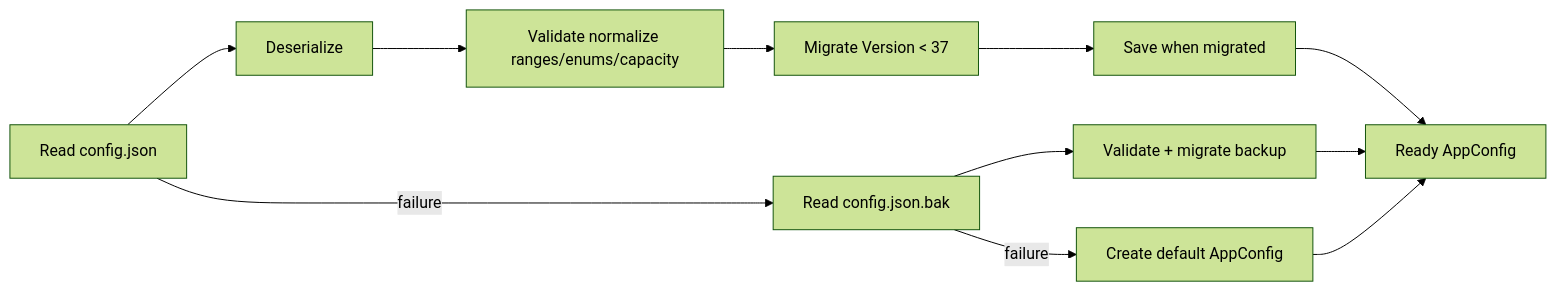
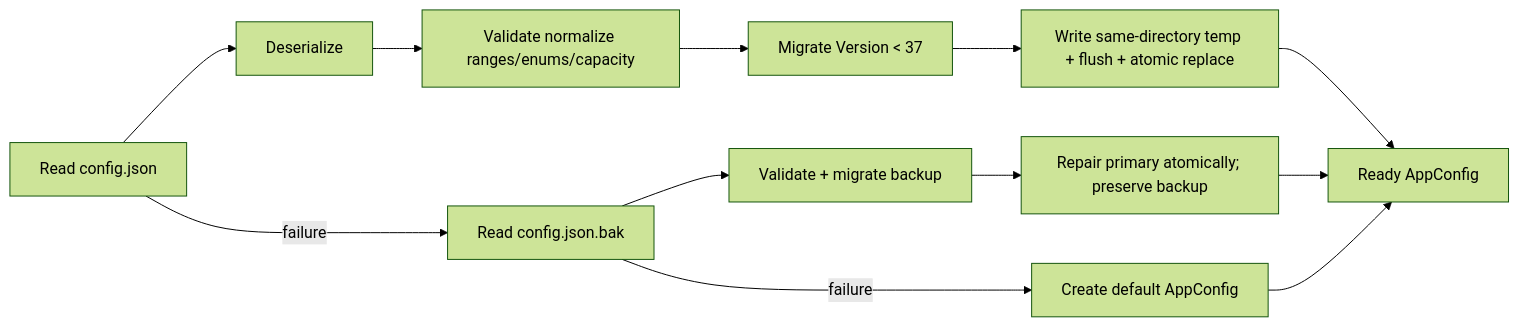
The fourth of 12 diagrams in docs/DETAILED_DESIGN.md (ShinjiKawamura255/DropSendTo), drawn with Mermaid (forest theme) before and after one commit. The commit also changed other lines of this file and 7 other files, not shown here.

````diff
--- a/docs/DETAILED_DESIGN.md
+++ b/docs/DETAILED_DESIGN.md
@@ -353,13 +353,14 @@
 ```mermaid
 flowchart LR
   Read["Read config.json"] --> Deserialize
   Deserialize --> Validate1["Validate normalize ranges/enums/capacity"]
   Validate1 --> Migrate["Migrate Version < 37"]
-  Migrate --> SaveIfChanged["Save when migrated"]
+  Migrate --> SaveIfChanged["Write same-directory temp + flush + atomic replace"]
   Read -->|failure| ReadBak["Read config.json.bak"]
   ReadBak --> ValidateBak["Validate + migrate backup"]
   ReadBak -->|failure| Fresh["Create default AppConfig"]
+  ValidateBak --> Repair["Repair primary atomically; preserve backup"]
   SaveIfChanged --> Ready["Ready AppConfig"]
-  ValidateBak --> Ready
+  Repair --> Ready
   Fresh --> Ready
 ```
````
